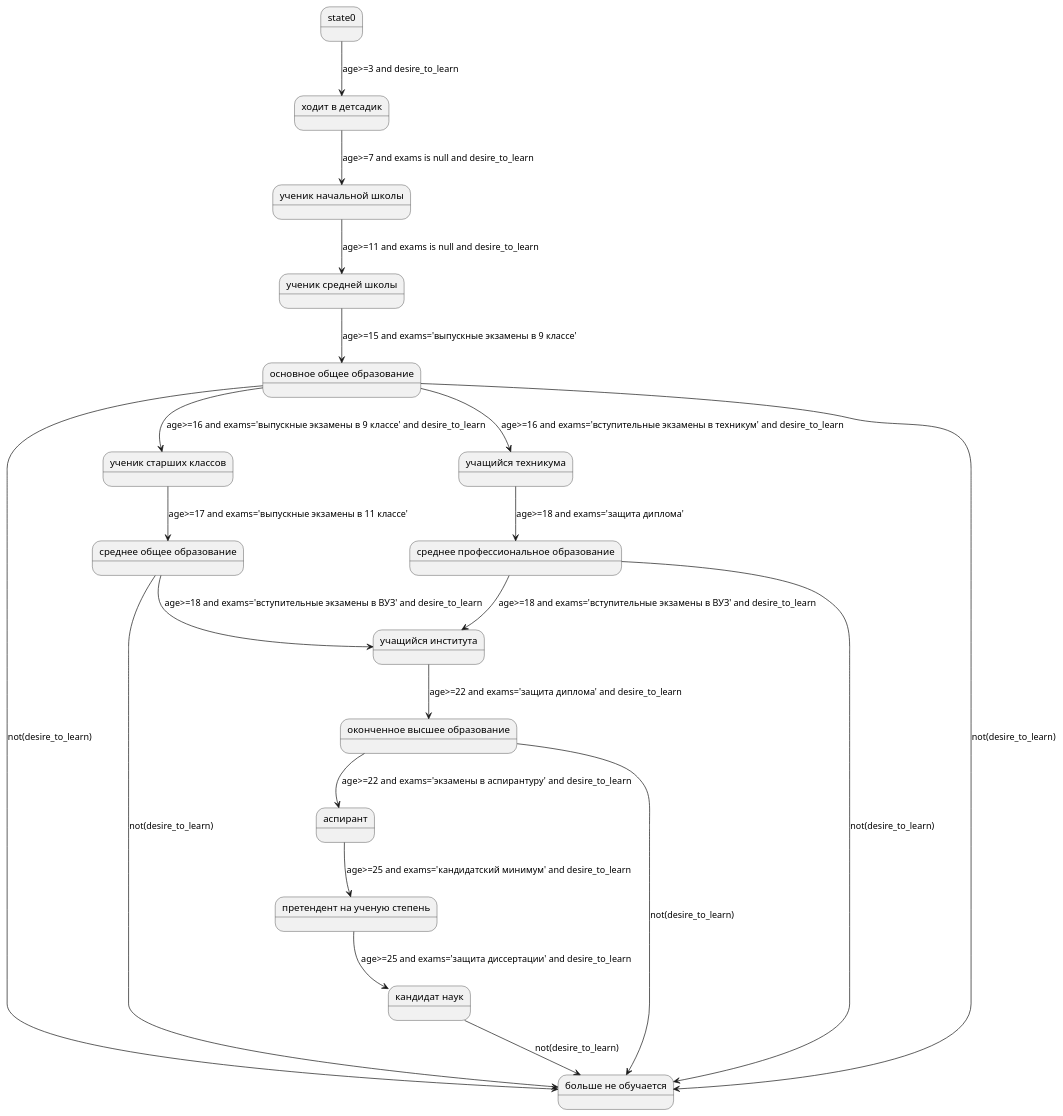
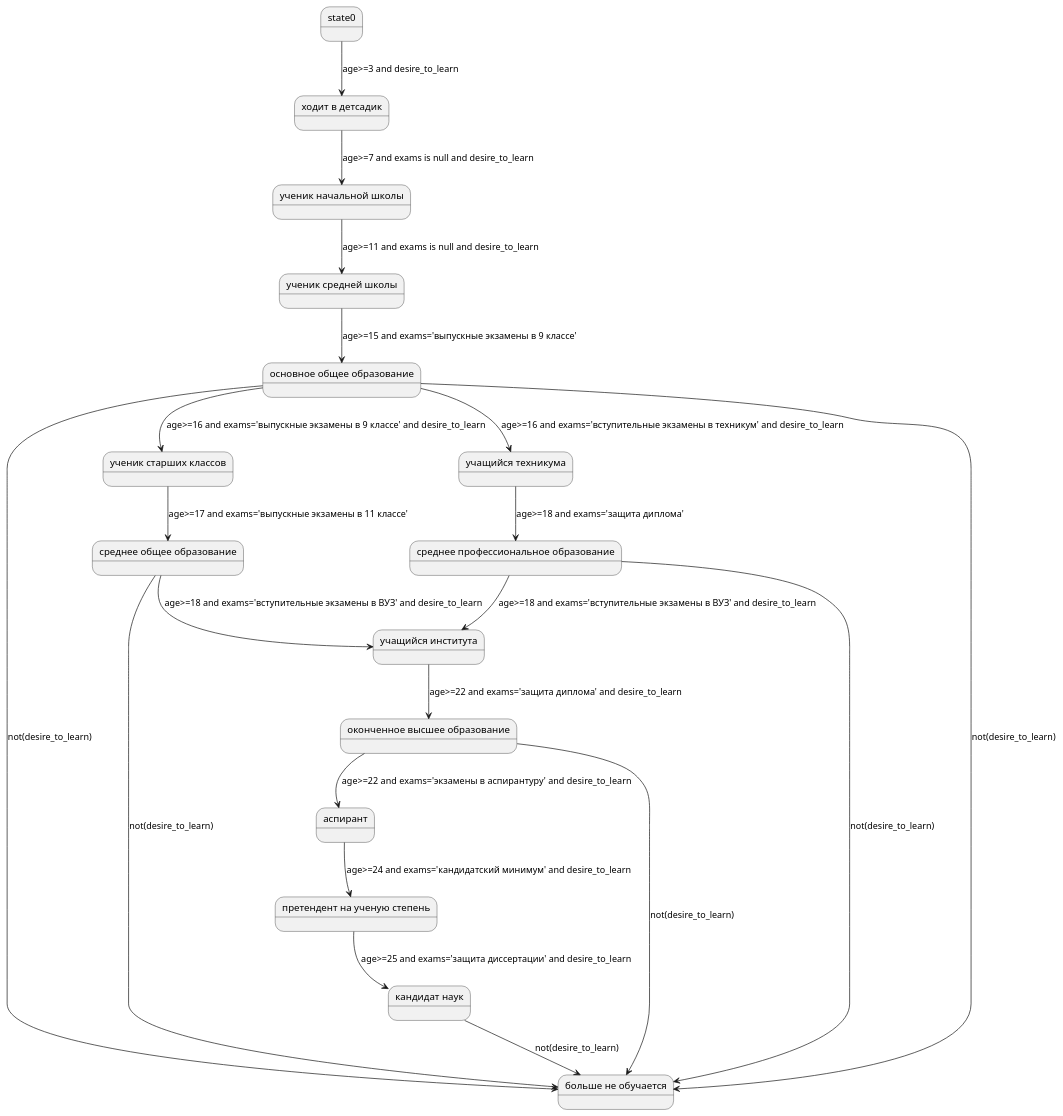
The diagram in stateMachineSource.puml (igor-suhorukov/state_machine_example), drawn with PlantUML before and after one commit. The commit also changed 2 other files, not shown here.

```diff
--- a/stateMachineSource.puml
+++ b/stateMachineSource.puml
@@ -1,36 +1,36 @@
 @startuml
 state "ученик старших классов" as state5
 state "ученик средней школы" as state3
 state "основное общее образование" as state4
 state "среднее общее образование" as state6
 state "аспирант" as state11
 state "претендент на ученую степень" as state12
 state "среднее профессиональное образование" as state8
 state "учащийся института" as state9
 state "кандидат наук" as state13
 state "больше не обучается" as state14
 state "ходит в детсадик" as state1
 state "оконченное высшее образование" as state10
 state "ученик начальной школы" as state2
 state "учащийся техникума" as state7
 state0 --> state1 : age>=3 and desire_to_learn
 state1 --> state2 : age>=7 and exams is null and desire_to_learn
 state2 --> state3 : age>=11 and exams is null and desire_to_learn
 state3 --> state4 : age>=15 and exams='выпускные экзамены в 9 классе'
 state4 --> state5 : age>=16 and exams='выпускные экзамены в 9 классе' and desire_to_learn
 state5 --> state6 : age>=17 and exams='выпускные экзамены в 11 классе'
 state4 --> state7 : age>=16 and exams='вступительные экзамены в техникум' and desire_to_learn
 state7 --> state8 : age>=18 and exams='защита диплома'
 state6 --> state9 : age>=18 and exams='вступительные экзамены в ВУЗ' and desire_to_learn
 state8 --> state9 : age>=18 and exams='вступительные экзамены в ВУЗ' and desire_to_learn
 state9 --> state10 : age>=22 and exams='защита диплома' and desire_to_learn
 state10 --> state11 : age>=22  and exams='экзамены в аспирантуру' and desire_to_learn
-state11 --> state12 : age>=25 and exams='кандидатский минимум' and desire_to_learn
+state11 --> state12 : age>=24 and exams='кандидатский минимум' and desire_to_learn
 state12 --> state13 : age>=25 and exams='защита диссертации' and desire_to_learn
 state4 --> state14 : not(desire_to_learn)
 state4 --> state14 : not(desire_to_learn)
 state6 --> state14 : not(desire_to_learn)
 state8 --> state14 : not(desire_to_learn)
 state10 --> state14 : not(desire_to_learn)
 state13 --> state14 : not(desire_to_learn)
 @enduml
```
